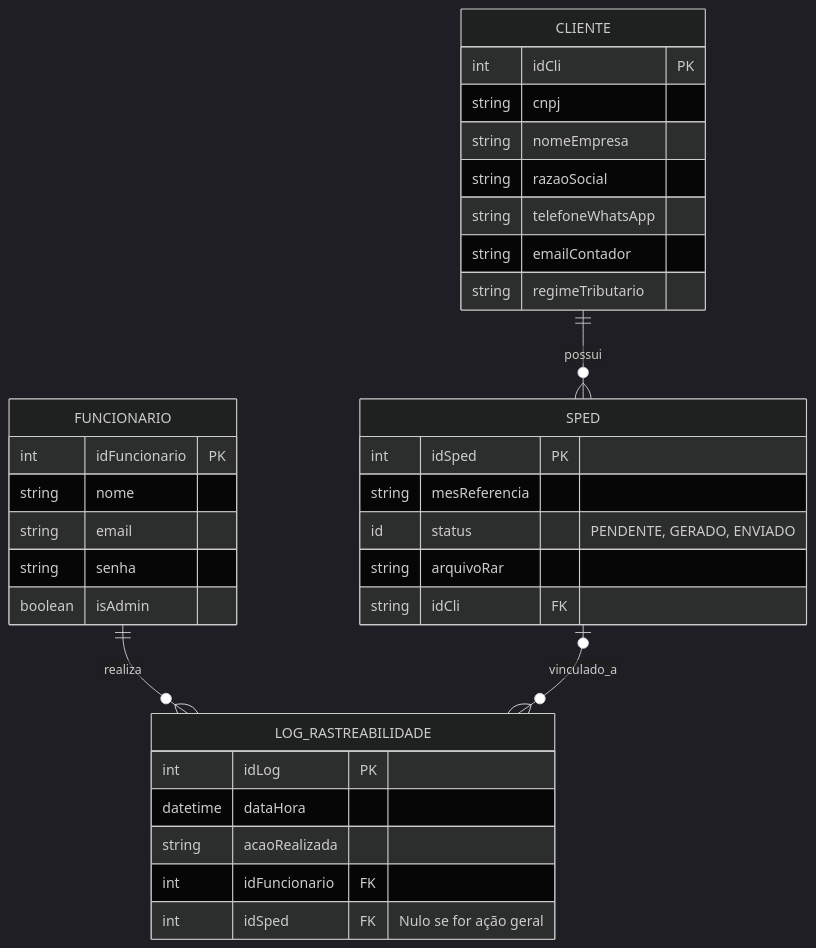
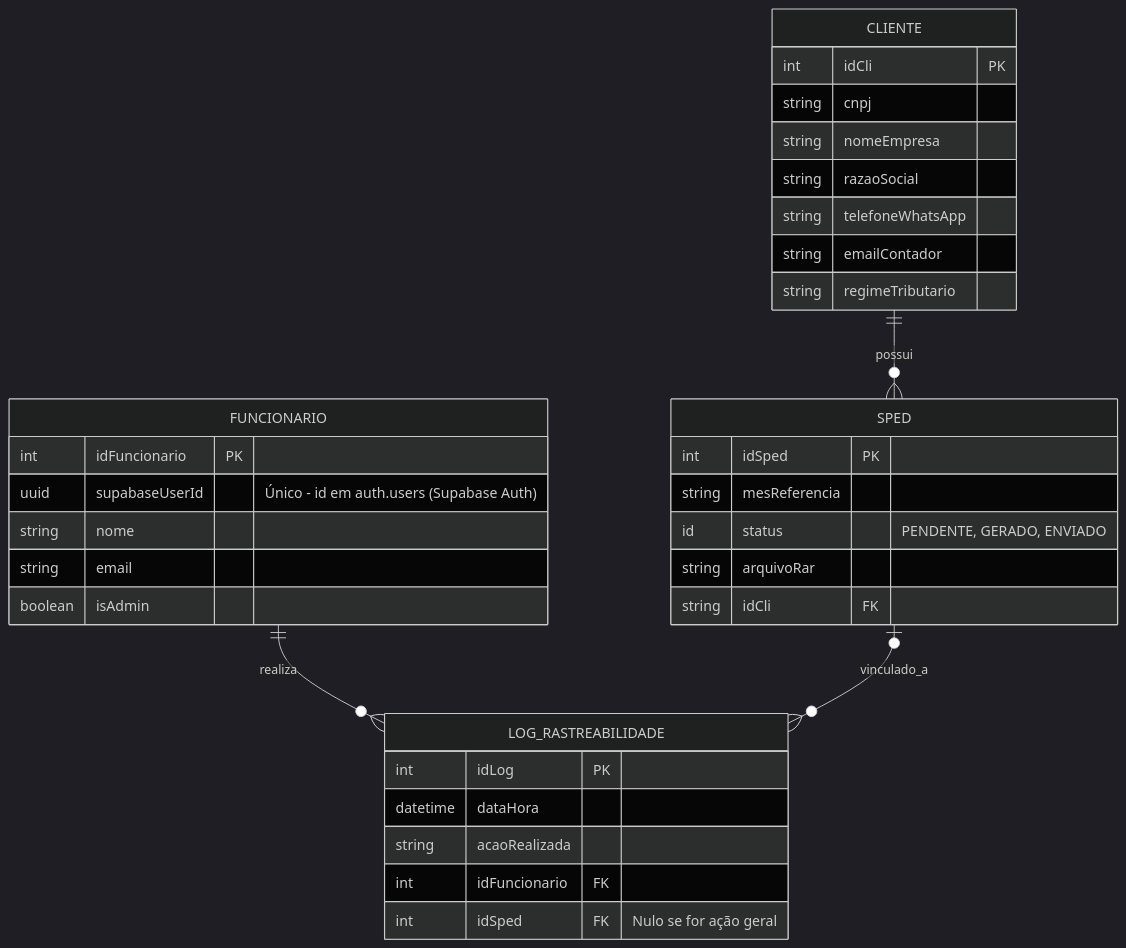
The diagram in docs/doc-visao.md (Renan988/Projeto-Engenharia-I), drawn with Mermaid (dark theme) before and after one commit. The commit also changed other lines of this file and 2 other files, not shown here.

````diff
--- a/docs/doc-visao.md
+++ b/docs/doc-visao.md
@@ -133,40 +133,40 @@
 ```mermaid
 erDiagram
     FUNCIONARIO ||--o{ LOG_RASTREABILIDADE : "realiza"
     CLIENTE ||--o{ SPED : "possui"
     SPED |o--o{ LOG_RASTREABILIDADE : "vinculado_a"
 
     FUNCIONARIO {
         int idFuncionario PK
+        uuid supabaseUserId "Único - id em auth.users (Supabase Auth)"
         string nome
         string email
-        string senha
         boolean isAdmin
     }
 
     LOG_RASTREABILIDADE {
         int idLog PK
         datetime dataHora
         string acaoRealizada
         int idFuncionario FK
         int idSped FK "Nulo se for ação geral"
     }
 
     CLIENTE {
         int idCli PK
         string cnpj
         string nomeEmpresa
         string razaoSocial
         string telefoneWhatsApp
         string emailContador
         string regimeTributario
     }
 
     SPED {
         int idSped PK
         string mesReferencia
         id status "PENDENTE, GERADO, ENVIADO"
         string arquivoRar
         string idCli FK
     }
 ```
````
